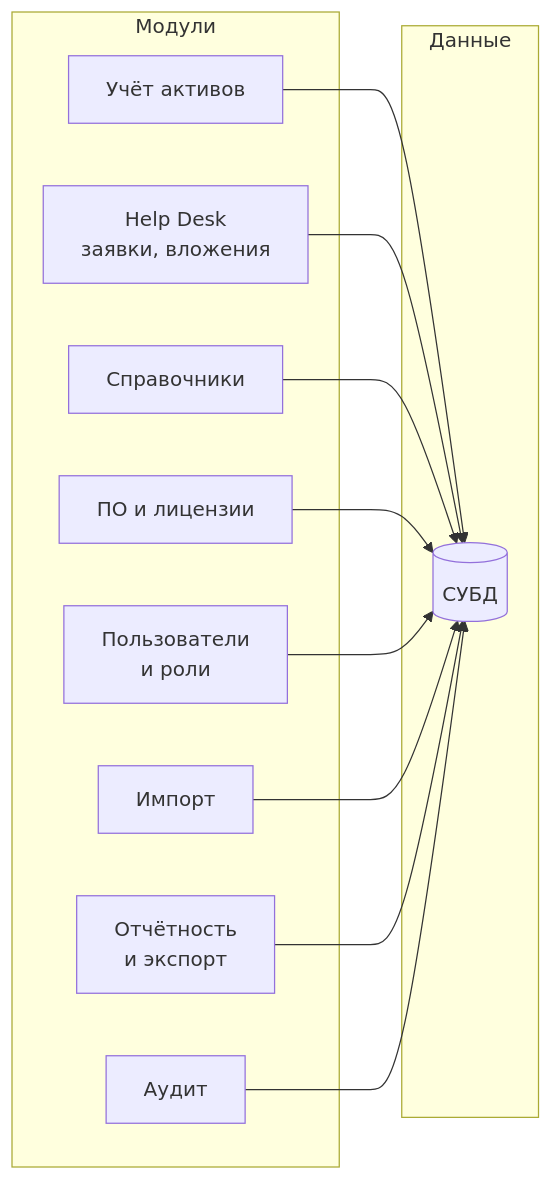
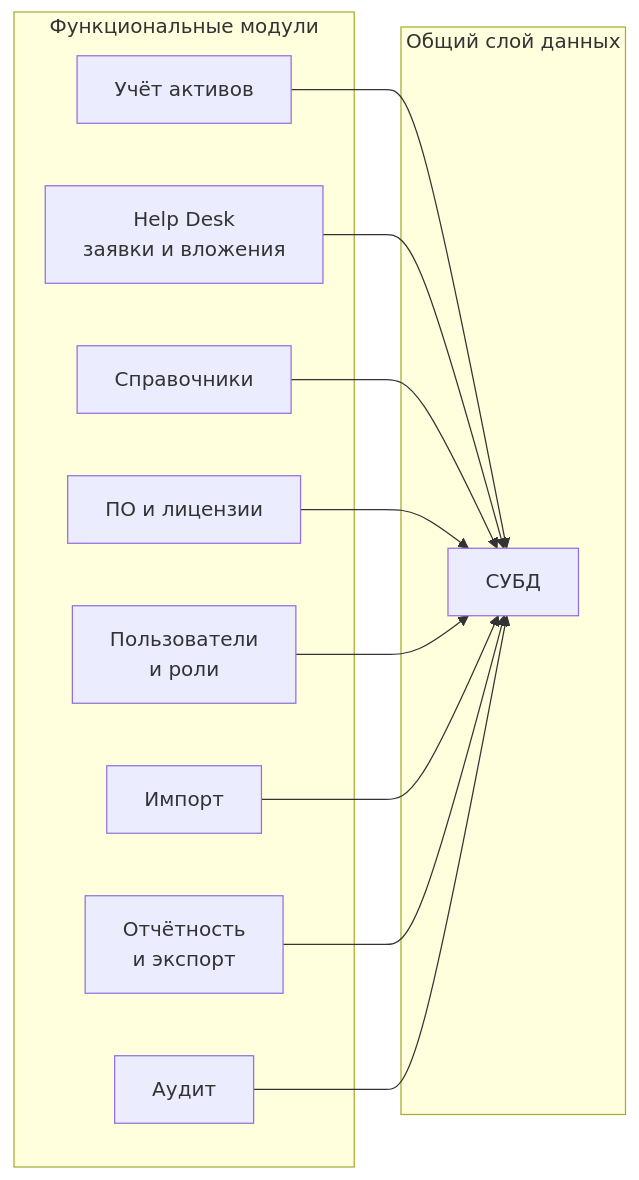
Before and after one commit to rrevva1/IAS_VNIIC: the second of 5 diagrams in docs/vkr/Раздел_2_Архитектурное_проектирование.md, drawn with Mermaid. The commit also changed other lines of this file and 95 other files, not shown here.

````diff
--- a/docs/vkr/Раздел_2_Архитектурное_проектирование.md
+++ b/docs/vkr/Раздел_2_Архитектурное_проектирование.md
@@ -206,24 +230,24 @@
 ```mermaid
-flowchart LR
-  subgraph Модули
-    M1[Учёт активов]
-    M2[Help Desk\nзаявки, вложения]
-    M3[Справочники]
-    M4[ПО и лицензии]
-    M5[Пользователи\nи роли]
-    M6[Импорт]
-    M7[Отчётность\nи экспорт]
-    M8[Аудит]
+graph LR
+  subgraph modules["Функциональные модули"]
+    assets["Учёт активов"]
+    helpDesk["Help Desk<br/>заявки и вложения"]
+    dictionaries["Справочники"]
+    software["ПО и лицензии"]
+    access["Пользователи<br/>и роли"]
+    imports["Импорт"]
+    reports["Отчётность<br/>и экспорт"]
+    audit["Аудит"]
   end
-  subgraph Данные
-    DB[(СУБД)]
+  subgraph storage["Общий слой данных"]
+    dbCore["СУБД"]
   end
-  M1 --> DB
-  M2 --> DB
-  M3 --> DB
-  M4 --> DB
-  M5 --> DB
-  M6 --> DB
-  M7 --> DB
-  M8 --> DB
+  assets --> dbCore
+  helpDesk --> dbCore
+  dictionaries --> dbCore
+  software --> dbCore
+  access --> dbCore
+  imports --> dbCore
+  reports --> dbCore
+  audit --> dbCore
 ```
````
